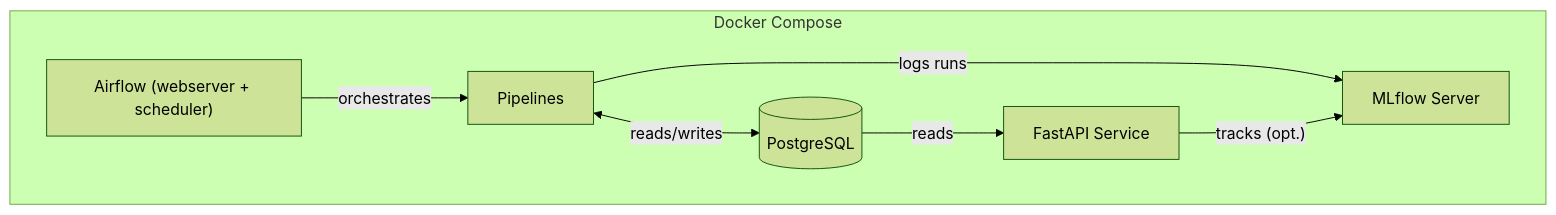
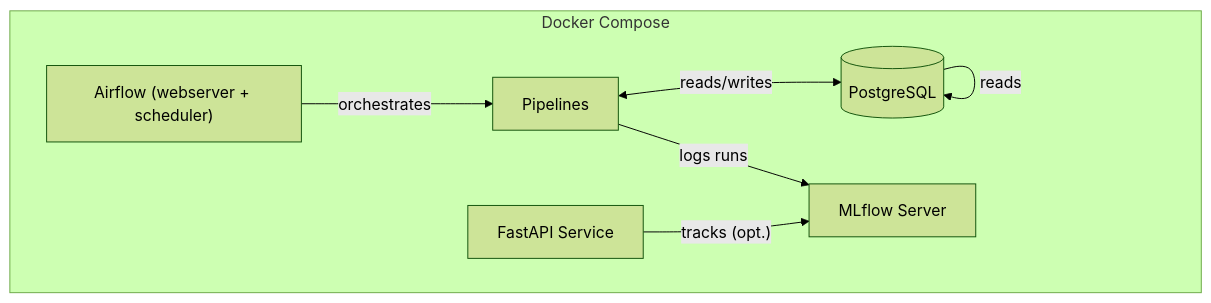
Before and after one commit to lopezrbn/news-topics-ner: the diagram in README.md, drawn with Mermaid (forest theme).

Commit message:
Fix incorrect flow direction in mermaid diagram in README.md for accurate database interaction

````diff
--- a/README.md
+++ b/README.md
@@ -17,18 +17,18 @@
 ```mermaid
 flowchart TB
   subgraph "Docker Compose"
     direction LR
     AF["Airflow (webserver + scheduler)"]
     P["Pipelines"]
     API["FastAPI Service"]
     DB[(PostgreSQL)]
     MLF["MLflow Server"]
 
     AF -->|"orchestrates"| P
     P <-->|"reads/writes"| DB
     P -->|"logs runs"| MLF
-    DB -->|"reads"| API
+    DB -->|"reads"| DB
     API -->|"tracks (opt.)"| MLF
   end
 
 ```
````
